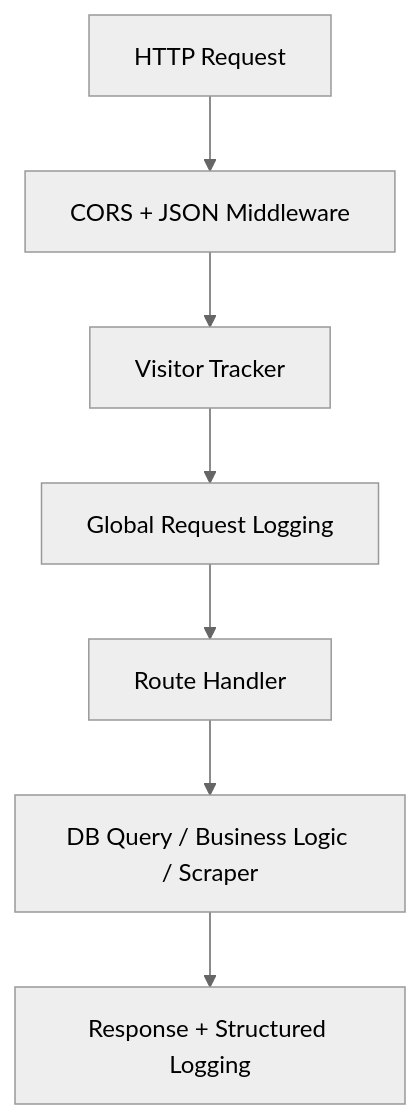
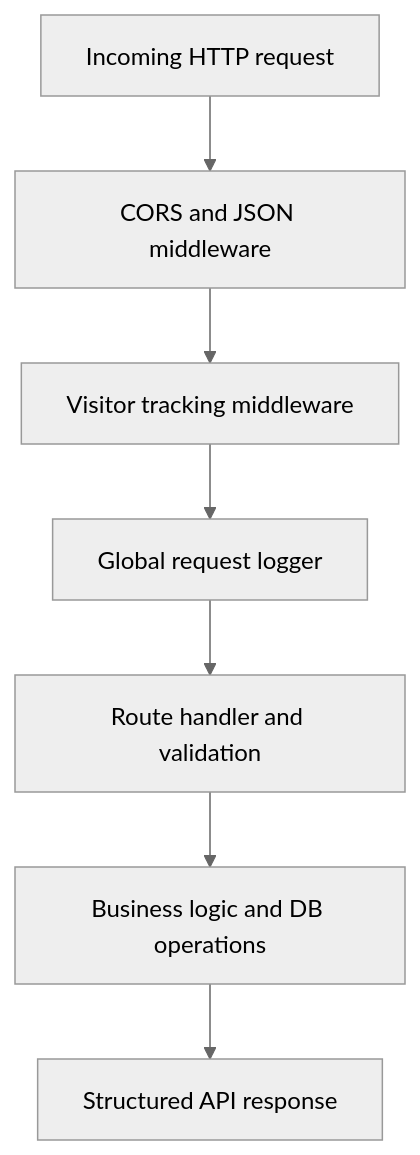
The fifth of 7 diagrams in README.md (ramalokeshreddyp/code_to_win), drawn with Mermaid (neutral theme) before and after one commit. The commit also changed other lines of this file and 35 other files, not shown here.

````diff
--- a/README.md
+++ b/README.md
@@ -177,9 +204,9 @@
 ```mermaid
 flowchart TD
-  R1[HTTP Request] --> R2[CORS + JSON Middleware]
-  R2 --> R3[Visitor Tracker]
-  R3 --> R4[Global Request Logging]
-  R4 --> R5[Route Handler]
-  R5 --> R6[DB Query / Business Logic / Scraper]
-  R6 --> R7[Response + Structured Logging]
+  R1[Incoming HTTP request] --> R2[CORS and JSON middleware]
+  R2 --> R3[Visitor tracking middleware]
+  R3 --> R4[Global request logger]
+  R4 --> R5[Route handler and validation]
+  R5 --> R6[Business logic and DB operations]
+  R6 --> R7[Structured API response]
 ```
````
